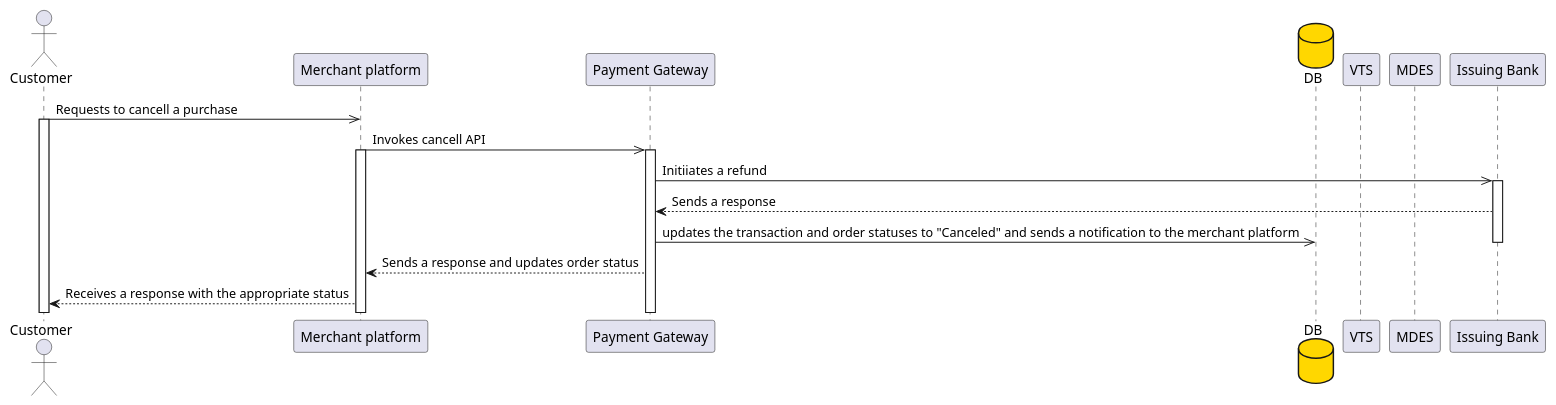
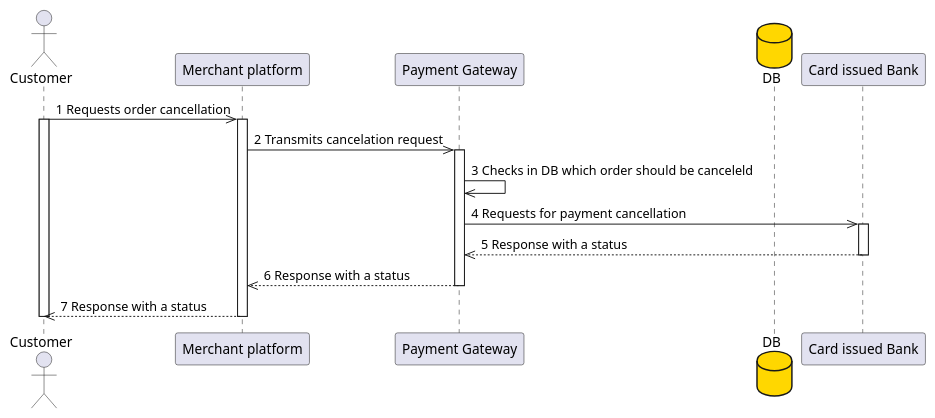
The diagram in .idea/src/main/OpenApi/4.1.3 Purchase cancellation/purchase cancellation.puml (Hello-Stella/Solutions), drawn with PlantUML before and after one commit. The commit also changed 5 other files, not shown here.

```diff
--- a/.idea/src/main/OpenApi/4.1.3 Purchase cancellation/purchase cancellation.puml
+++ b/.idea/src/main/OpenApi/4.1.3 Purchase cancellation/purchase cancellation.puml
@@ -1,27 +1,26 @@
 @startuml
 
 actor "Customer" as A
 participant "Merchant platform" as B
 participant "Payment Gateway" as C
 database DB  #gold
-participant "VTS" as F
-participant "MDES" as G
-participant "Issuing Bank" as H
+participant "Card issued Bank" as H
 
-"A" ->> "B": Requests to cancell a purchase
+"A" ->> "B": 1 Requests order cancellation
 Activate A
-"B" ->> "C": Invokes cancell API
 Activate B
+"B" ->> "C": 2 Transmits cancelation request
 Activate C
-"C" ->> "H": Initiiates a refund
+"C" ->> "C": 3 Checks in DB which order should be canceleld
+"C" ->> "H": 4 Requests for payment cancellation
 Activate H
-"C" <-- "H": Sends a response
-"C" ->> DB: updates the transaction and order statuses to "Canceled" and sends a notification to the merchant platform
+"C" <<-- "H": 5 Response with a status
 Deactivate H
-"B" <-- "C": Sends a response and updates order status
-"A" <-- "B": Receives a response with the appropriate status
-
-
+"B" <<-- "C": 6 Response with a status
+Deactivate C
+"A" <<-- "B": 7 Response with a status
+Deactivate B
+Deactivate A
 
 
 @enduml
```
